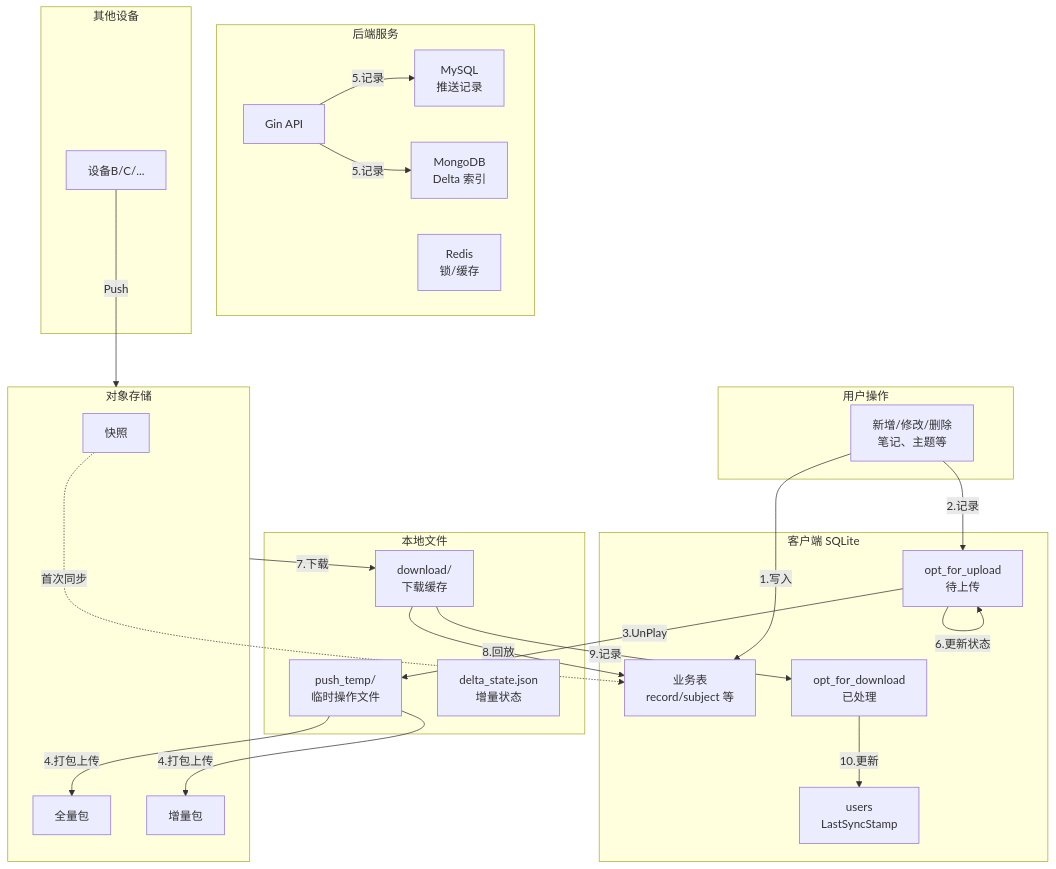
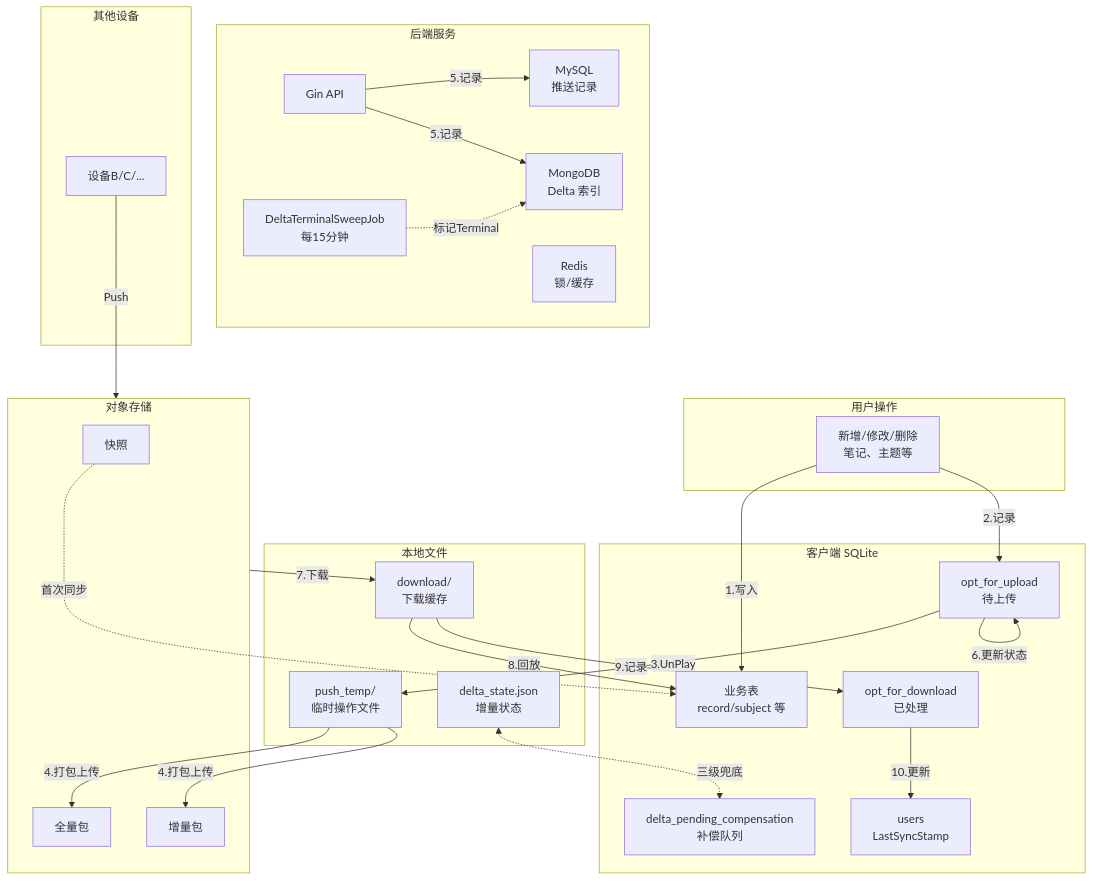
Diagram 33 of 33 in 多端同步流程图.md (LucisXu/jotmo-skills), drawn with Mermaid before and after one commit. The commit also changed other lines of this file, not shown here.

````diff
--- a/多端同步流程图.md
+++ b/多端同步流程图.md
@@ -884,56 +1095,64 @@
 ```mermaid
 flowchart TB
     subgraph UserAction["用户操作"]
         Action["新增/修改/删除<br/>笔记、主题等"]
     end
 
     subgraph ClientDB["客户端 SQLite"]
         BizTables["业务表<br/>record/subject 等"]
         OFU["opt_for_upload<br/>待上传"]
         OFD["opt_for_download<br/>已处理"]
         Users["users<br/>LastSyncStamp"]
+        Compensation["delta_pending_compensation<br/>补偿队列"]
     end
 
     subgraph LocalFiles["本地文件"]
         TempDir["push_temp/<br/>临时操作文件"]
         CacheDir["download/<br/>下载缓存"]
         DeltaState["delta_state.json<br/>增量状态"]
     end
 
     subgraph Backend["后端服务"]
         API["Gin API"]
         MySQL["MySQL<br/>推送记录"]
         MongoDB["MongoDB<br/>Delta 索引"]
         Redis["Redis<br/>锁/缓存"]
+        SweepJob["DeltaTerminalSweepJob<br/>每15分钟"]
     end
 
     subgraph OSS["对象存储"]
         Snapshot["快照"]
         FullPack["全量包"]
         DeltaPack["增量包"]
     end
 
     subgraph OtherDevice["其他设备"]
         OtherClient["设备B/C/..."]
     end
 
     %% Push 流程
     Action -->|"1.写入"| BizTables
     Action -->|"2.记录"| OFU
     OFU -->|"3.UnPlay"| TempDir
     TempDir -->|"4.打包上传"| FullPack
     TempDir -->|"4.打包上传"| DeltaPack
     API -->|"5.记录"| MySQL
     API -->|"5.记录"| MongoDB
     OFU -->|"6.更新状态"| OFU
 
     %% Pull 流程
     OtherClient -->|"Push"| OSS
     OSS -->|"7.下载"| CacheDir
     CacheDir -->|"8.回放"| BizTables
     CacheDir -->|"9.记录"| OFD
     OFD -->|"10.更新"| Users
 
+    %% 补偿流程
+    DeltaState <-.->|"三级兜底"| Compensation
+
     %% 快照恢复
     Snapshot -.->|"首次同步"| BizTables
+
+    %% 终态清理
+    SweepJob -.->|"标记Terminal"| MongoDB
 ```
````
